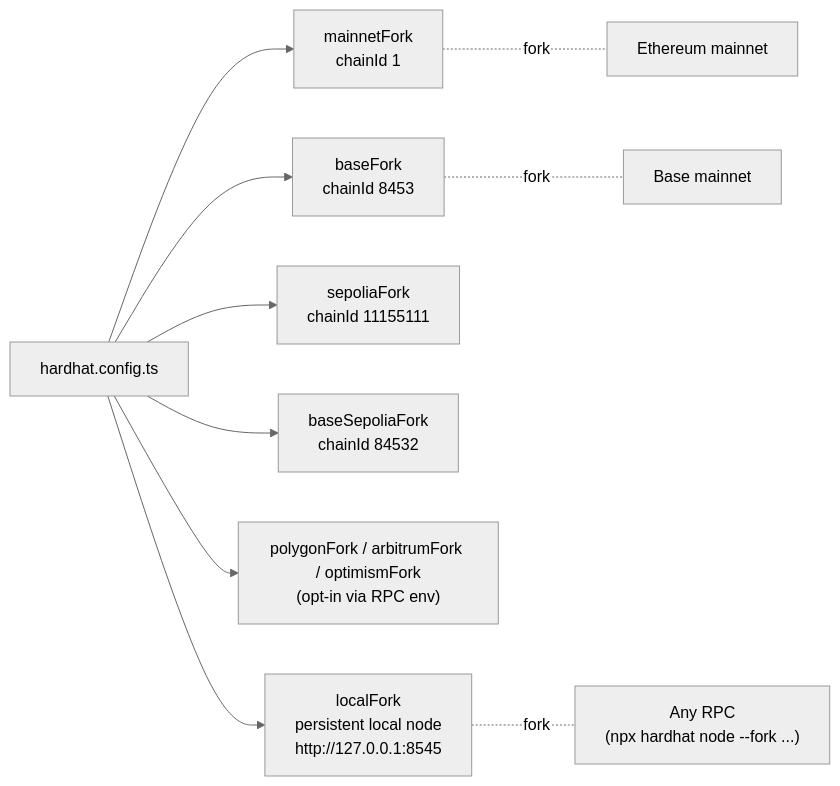
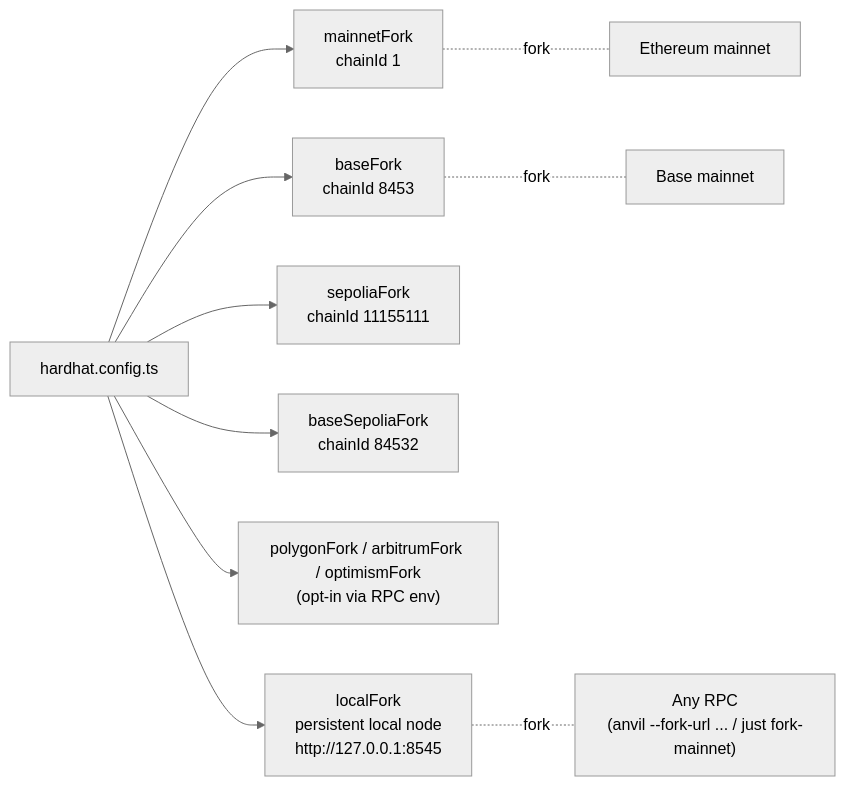
One commit to CyberdyneCorp/cyberdyne_dao_contracts changed the sixth of 8 diagrams in README.md. Above: the diagram before and after it, drawn with Mermaid (neutral theme). The commit also changed other lines of this file and 6 other files, not shown here.

First line of the commit message:
chore: align justfile and docs to anvil-based fork workflow

````diff
--- a/README.md
+++ b/README.md
@@ -225,13 +225,13 @@
 ```mermaid
 graph LR
     H["hardhat.config.ts"] --> M["mainnetFork<br/>chainId 1"]
     H --> B["baseFork<br/>chainId 8453"]
     H --> S["sepoliaFork<br/>chainId 11155111"]
     H --> BS["baseSepoliaFork<br/>chainId 84532"]
     H --> POLY["polygonFork / arbitrumFork / optimismFork<br/>(opt-in via RPC env)"]
     H --> L["localFork<br/>persistent local node<br/>http://127.0.0.1:8545"]
 
     M -.fork.- E["Ethereum mainnet"]
     B -.fork.- BN["Base mainnet"]
-    L -.fork.- ANY["Any RPC<br/>(npx hardhat node --fork ...)"]
+    L -.fork.- ANY["Any RPC<br/>(anvil --fork-url ... / just fork-mainnet)"]
 ```
````
